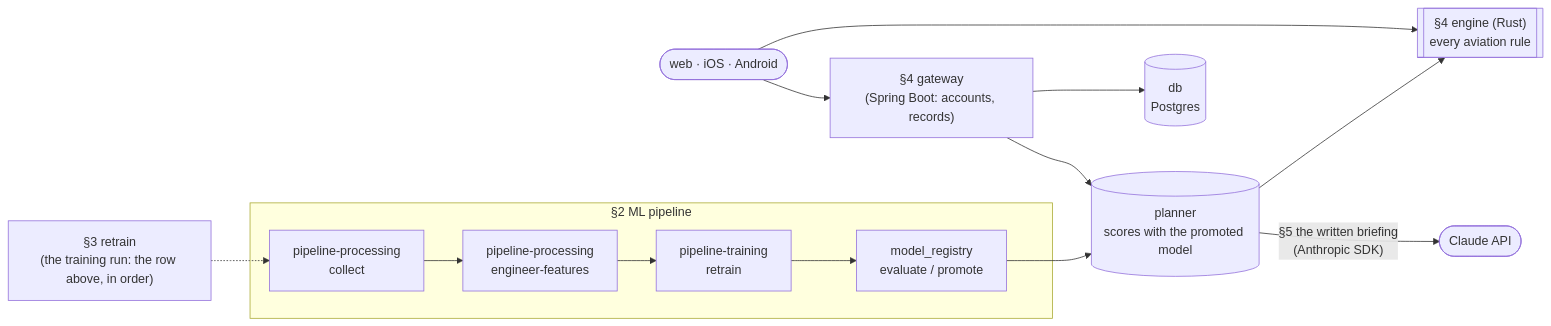
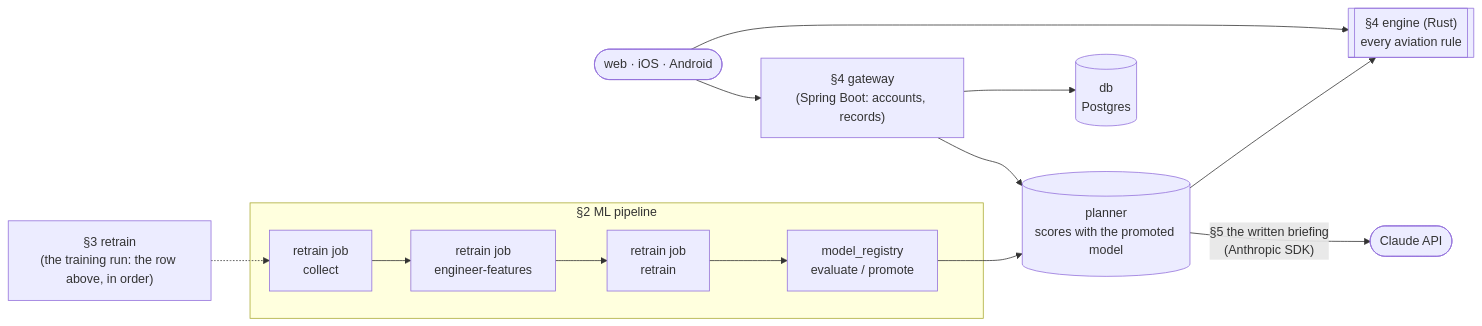
One commit to asdaq-samir/wingtip changed the first of 3 diagrams in docs/LEARNING-GUIDE.md. Above: the diagram before and after it, drawn with Mermaid. The commit also changed other lines of this file and 58 other files, not shown here.

````diff
--- a/docs/LEARNING-GUIDE.md
+++ b/docs/LEARNING-GUIDE.md
@@ -41,20 +41,20 @@
 ```mermaid
 flowchart LR
     subgraph pipeline["§2 ML pipeline"]
-        collect[pipeline-processing<br/>collect] --> engineer[pipeline-processing<br/>engineer-features]
-        engineer --> retrain[pipeline-training<br/>retrain]
+        collect[retrain job<br/>collect] --> engineer[retrain job<br/>engineer-features]
+        engineer --> retrain[retrain job<br/>retrain]
         retrain --> registry[model_registry<br/>evaluate / promote]
     end
     run["§3 retrain<br/>(the training run: the row above, in order)"] -.-> collect
 
     registry --> planner[("planner<br/>scores with the promoted model")]
 
     gateway["§4 gateway<br/>(Spring Boot: accounts, records)"] --> planner
     gateway --> db[("db<br/>Postgres")]
     planner --> engine[["§4 engine (Rust)<br/>every aviation rule"]]
     apps([web · iOS · Android]) --> gateway
     apps --> engine
 
     planner -->|"§5 the written briefing<br/>(Anthropic SDK)"| claude([Claude API])
 
 ```
````
